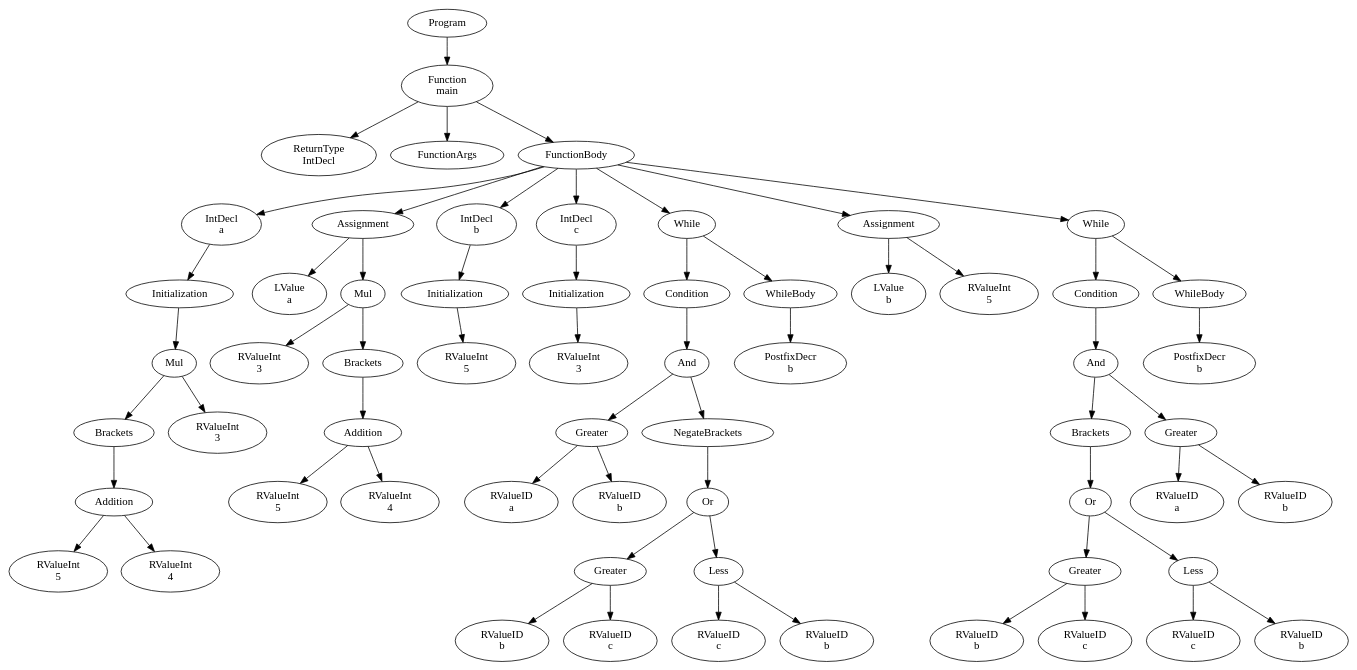
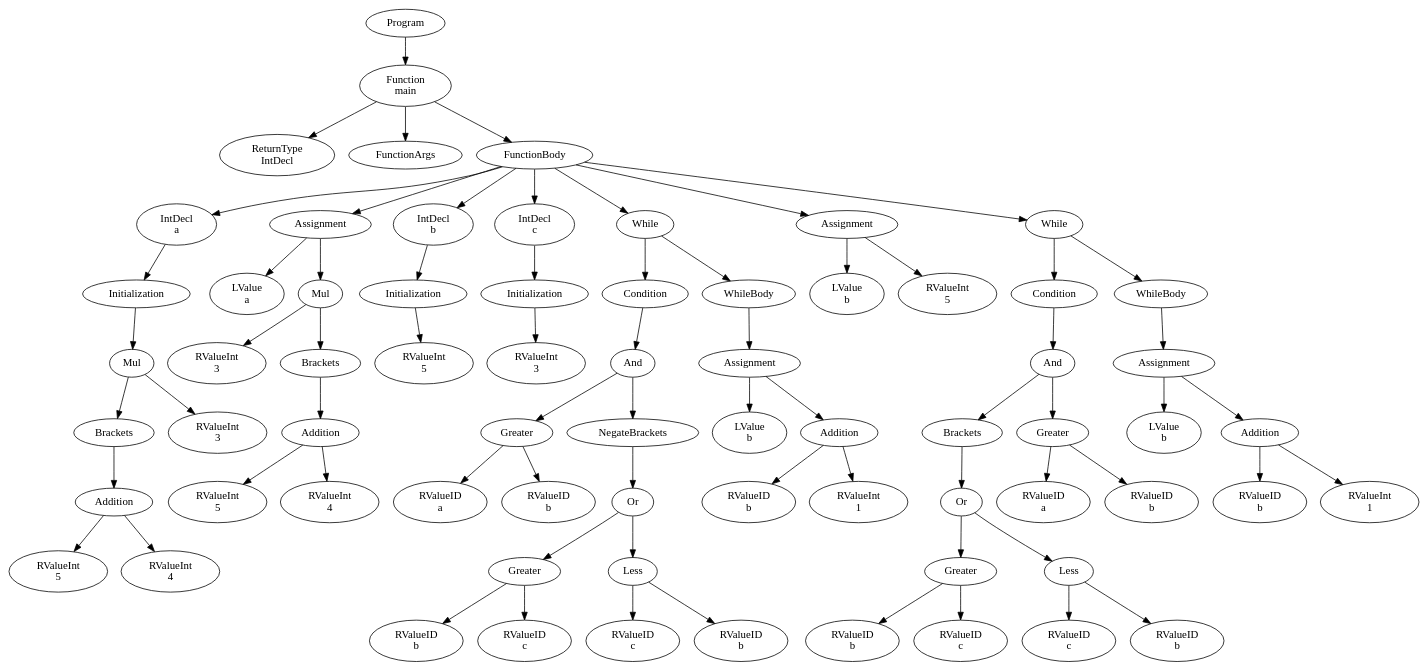
The diagram in official/res/solutions/brackets.dot (FedericoQuin/Compilers), drawn with Graphviz before and after one commit. The commit also changed 30 other files, not shown here.

```diff
--- a/official/res/solutions/brackets.dot
+++ b/official/res/solutions/brackets.dot
@@ -1,125 +1,141 @@
 digraph AST {
 1 [label="Program"];
 2 [label="Function \nmain"];
 3 [label="ReturnType \nIntDecl"];
 4 [label="FunctionArgs"];
 5 [label="FunctionBody"];
 6 [label="IntDecl \na"];
 7 [label="Initialization"];
 8 [label="Mul"];
 9 [label="Brackets"];
 10 [label="Addition"];
 11 [label="RValueInt \n5"];
 12 [label="RValueInt \n4"];
 10 -> 11;
 10 -> 12;
 9 -> 10;
 13 [label="RValueInt \n3"];
 8 -> 9;
 8 -> 13;
 7 -> 8;
 6 -> 7;
 14 [label="Assignment"];
 15 [label="LValue \na"];
 16 [label="Mul"];
 17 [label="RValueInt \n3"];
 18 [label="Brackets"];
 19 [label="Addition"];
 20 [label="RValueInt \n5"];
 21 [label="RValueInt \n4"];
 19 -> 20;
 19 -> 21;
 18 -> 19;
 16 -> 17;
 16 -> 18;
 14 -> 15;
 14 -> 16;
 22 [label="IntDecl \nb"];
 23 [label="Initialization"];
 24 [label="RValueInt \n5"];
 23 -> 24;
 22 -> 23;
 25 [label="IntDecl \nc"];
 26 [label="Initialization"];
 27 [label="RValueInt \n3"];
 26 -> 27;
 25 -> 26;
 28 [label="While"];
 29 [label="Condition"];
 30 [label="And"];
 31 [label="Greater"];
 32 [label="RValueID \na"];
 33 [label="RValueID \nb"];
 31 -> 32;
 31 -> 33;
 34 [label="NegateBrackets"];
 35 [label="Or"];
 36 [label="Greater"];
 37 [label="RValueID \nb"];
 38 [label="RValueID \nc"];
 36 -> 37;
 36 -> 38;
 39 [label="Less"];
 40 [label="RValueID \nc"];
 41 [label="RValueID \nb"];
 39 -> 40;
 39 -> 41;
 35 -> 36;
 35 -> 39;
 34 -> 35;
 30 -> 31;
 30 -> 34;
 29 -> 30;
 42 [label="WhileBody"];
-43 [label="PostfixDecr \nb"];
+43 [label="Assignment"];
+44 [label="LValue \nb"];
+45 [label="Addition"];
+46 [label="RValueID \nb"];
+47 [label="RValueInt \n1"];
+45 -> 46;
+45 -> 47;
+43 -> 44;
+43 -> 45;
 42 -> 43;
 28 -> 29;
 28 -> 42;
-44 [label="Assignment"];
-45 [label="LValue \nb"];
-46 [label="RValueInt \n5"];
-44 -> 45;
-44 -> 46;
-47 [label="While"];
-48 [label="Condition"];
-49 [label="And"];
-50 [label="Brackets"];
-51 [label="Or"];
-52 [label="Greater"];
-53 [label="RValueID \nb"];
-54 [label="RValueID \nc"];
+48 [label="Assignment"];
+49 [label="LValue \nb"];
+50 [label="RValueInt \n5"];
+48 -> 49;
+48 -> 50;
+51 [label="While"];
+52 [label="Condition"];
+53 [label="And"];
+54 [label="Brackets"];
+55 [label="Or"];
+56 [label="Greater"];
+57 [label="RValueID \nb"];
+58 [label="RValueID \nc"];
+56 -> 57;
+56 -> 58;
+59 [label="Less"];
+60 [label="RValueID \nc"];
+61 [label="RValueID \nb"];
+59 -> 60;
+59 -> 61;
+55 -> 56;
+55 -> 59;
+54 -> 55;
+62 [label="Greater"];
+63 [label="RValueID \na"];
+64 [label="RValueID \nb"];
+62 -> 63;
+62 -> 64;
+53 -> 54;
+53 -> 62;
 52 -> 53;
-52 -> 54;
-55 [label="Less"];
-56 [label="RValueID \nc"];
-57 [label="RValueID \nb"];
-55 -> 56;
-55 -> 57;
+65 [label="WhileBody"];
+66 [label="Assignment"];
+67 [label="LValue \nb"];
+68 [label="Addition"];
+69 [label="RValueID \nb"];
+70 [label="RValueInt \n1"];
+68 -> 69;
+68 -> 70;
+66 -> 67;
+66 -> 68;
+65 -> 66;
 51 -> 52;
-51 -> 55;
-50 -> 51;
-58 [label="Greater"];
-59 [label="RValueID \na"];
-60 [label="RValueID \nb"];
-58 -> 59;
-58 -> 60;
-49 -> 50;
-49 -> 58;
-48 -> 49;
-61 [label="WhileBody"];
-62 [label="PostfixDecr \nb"];
-61 -> 62;
-47 -> 48;
-47 -> 61;
+51 -> 65;
 5 -> 6;
 5 -> 14;
 5 -> 22;
 5 -> 25;
 5 -> 28;
-5 -> 44;
-5 -> 47;
+5 -> 48;
+5 -> 51;
 2 -> 3;
 2 -> 4;
 2 -> 5;
 1 -> 2;
 }
```
